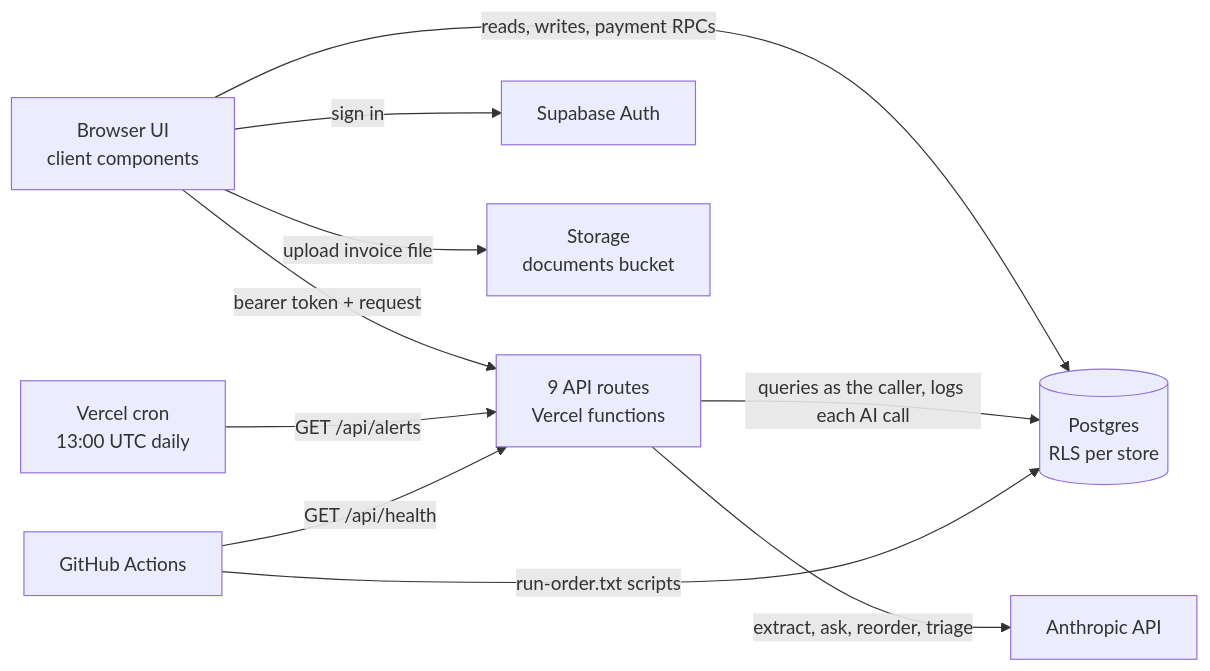
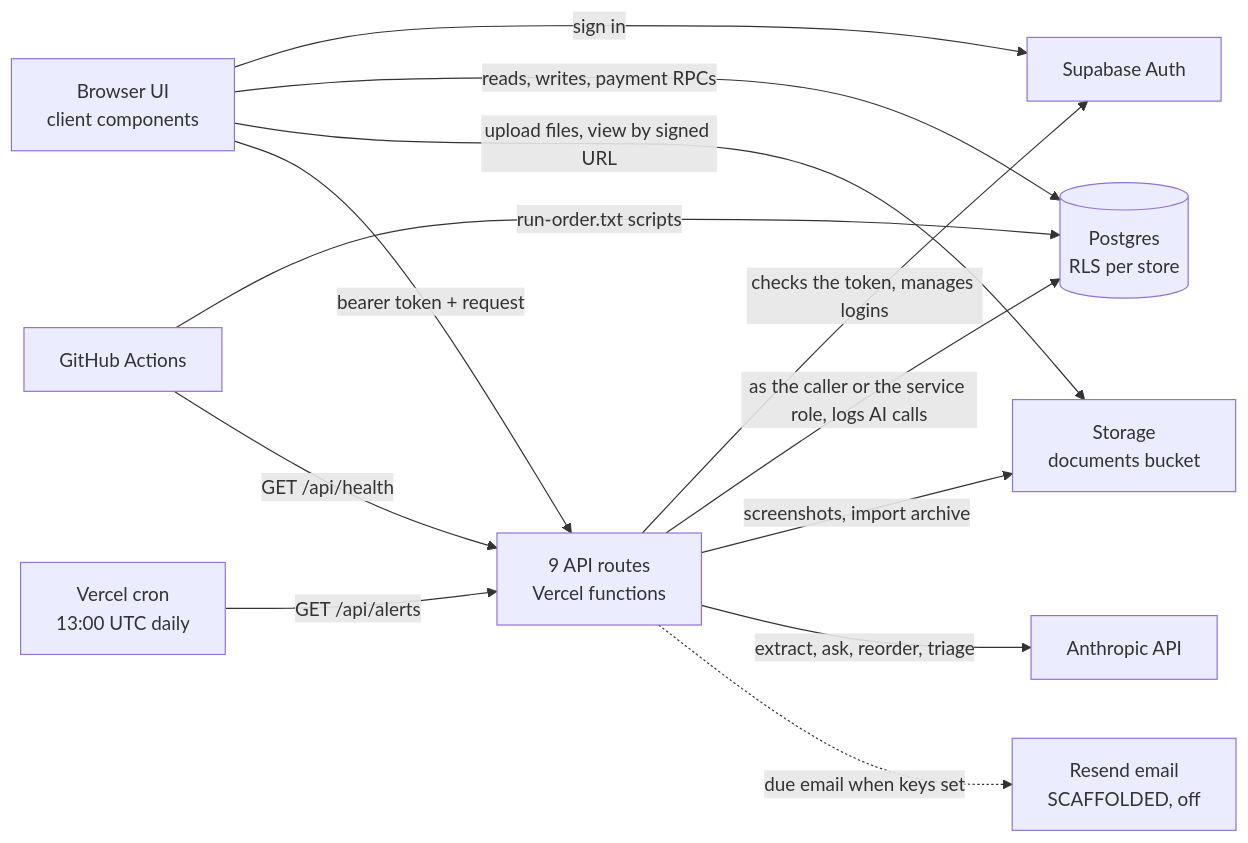
One commit to raviteja0012/robinsons-store changed the second of 6 diagrams in docs/ARCHITECTURE.md. Above: the diagram before and after it, drawn with Mermaid. The commit also changed other lines of this file and 2 other files, not shown here.

First line of the commit message:
Correct the architecture diagrams to match the code

````diff
--- a/docs/ARCHITECTURE.md
+++ b/docs/ARCHITECTURE.md
@@ -80,20 +89,24 @@
 ```mermaid
 flowchart LR
   UI["Browser UI<br/>client components"]
   API["9 API routes<br/>Vercel functions"]
   CRON["Vercel cron<br/>13:00 UTC daily"]
   AUTH["Supabase Auth"]
   DB[("Postgres<br/>RLS per store")]
   ST["Storage<br/>documents bucket"]
   AN["Anthropic API"]
   GHA["GitHub Actions"]
+  RS["Resend email<br/>SCAFFOLDED, off"]
   UI -- "sign in" --> AUTH
   UI -- "reads, writes, payment RPCs" --> DB
-  UI -- "upload invoice file" --> ST
+  UI -- "upload files, view by signed URL" --> ST
   UI -- "bearer token + request" --> API
   CRON -- "GET /api/alerts" --> API
-  API -- "queries as the caller, logs each AI call" --> DB
+  API -- "checks the token, manages logins" --> AUTH
+  API -- "as the caller or the service role, logs AI calls" --> DB
+  API -- "screenshots, import archive" --> ST
   API -- "extract, ask, reorder, triage" --> AN
+  API -. "due email when keys set" .-> RS
   GHA -- "run-order.txt scripts" --> DB
   GHA -- "GET /api/health" --> API
 ```
````
